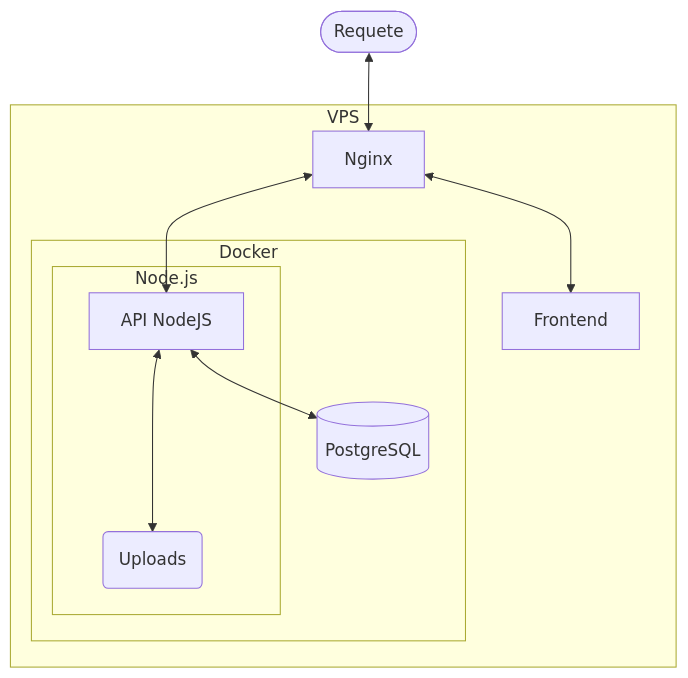
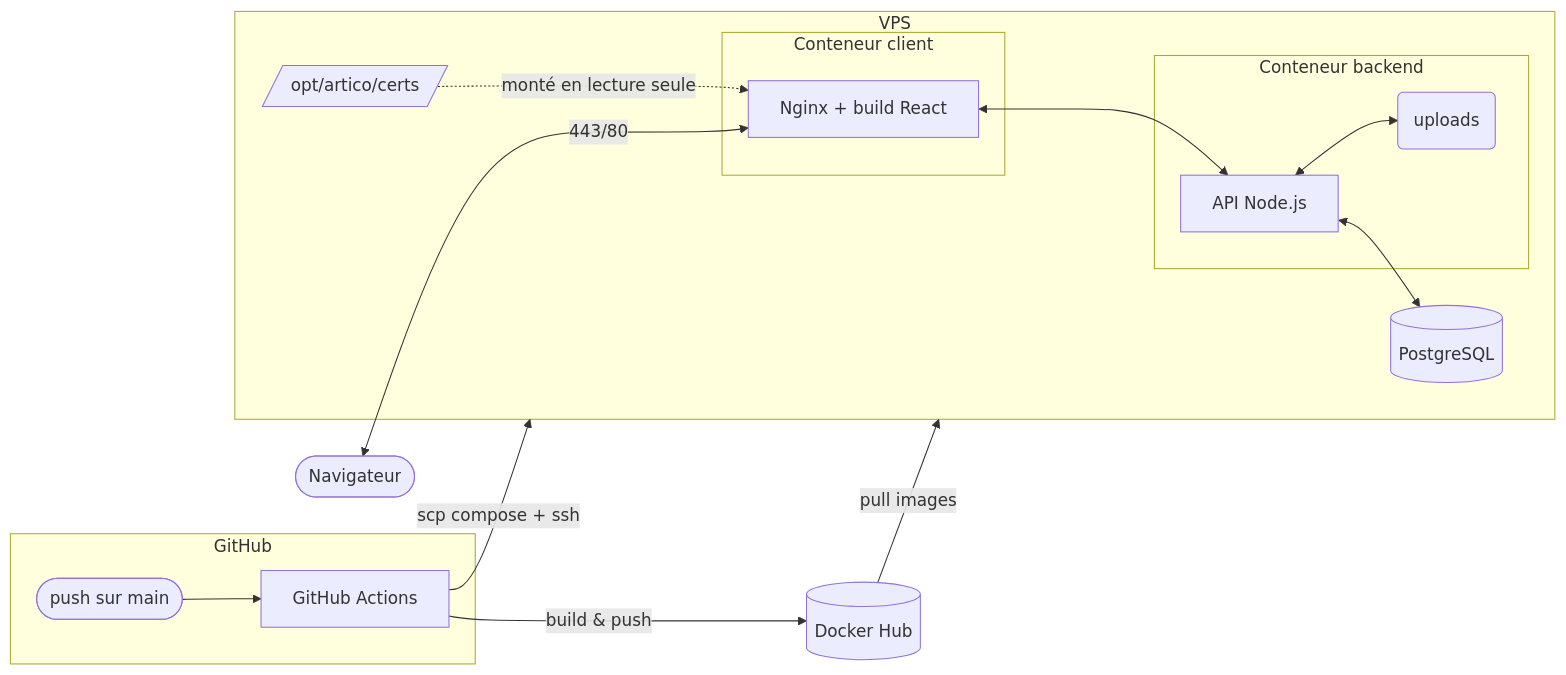
One commit to ValentinNeffCCI/ArtiCo changed the diagram in README.md. Above: the diagram before and after it, drawn with Mermaid. The commit also changed other lines of this file and 2 other files, not shown here.

Commit message:
ajout volume logs pour conserver lors rebuild container

````diff
--- a/README.md
+++ b/README.md
@@ -404,23 +34,28 @@
 ```mermaid
-graph TD
-    REQ([Requete])
+graph LR
+    subgraph GitHub
+        PUSH([push sur main]) --> GHA[GitHub Actions]
+    end
+
+    GHA -->|build & push| HUB[(Docker Hub)]
+    GHA -->|scp compose + ssh| VPS
 
     subgraph VPS
-        NGINX[Nginx]
-        FRONT[Frontend]
-        
-        subgraph Docker
-            subgraph Node_Container[Node.js]
-                API[API NodeJS]
-                UPLOADS(Uploads)
-            end
-            DB[(PostgreSQL)]
+        subgraph client[Conteneur client]
+            NGINX[Nginx + build React]
         end
+        subgraph back[Conteneur backend]
+            API[API Node.js]
+            UPLOADS(uploads)
+        end
+        DB[(PostgreSQL)]
+        CERTS[/opt/artico/certs/]
     end
 
-    REQ <--> NGINX
+    HUB -->|pull images| VPS
     NGINX <--> API
-    NGINX <--> FRONT
     API <--> DB
-    API <---> UPLOADS
+    API <--> UPLOADS
+    CERTS -. monté en lecture seule .-> NGINX
+    NAVIGATEUR([Navigateur]) <-->|443/80| NGINX
 ```
````
